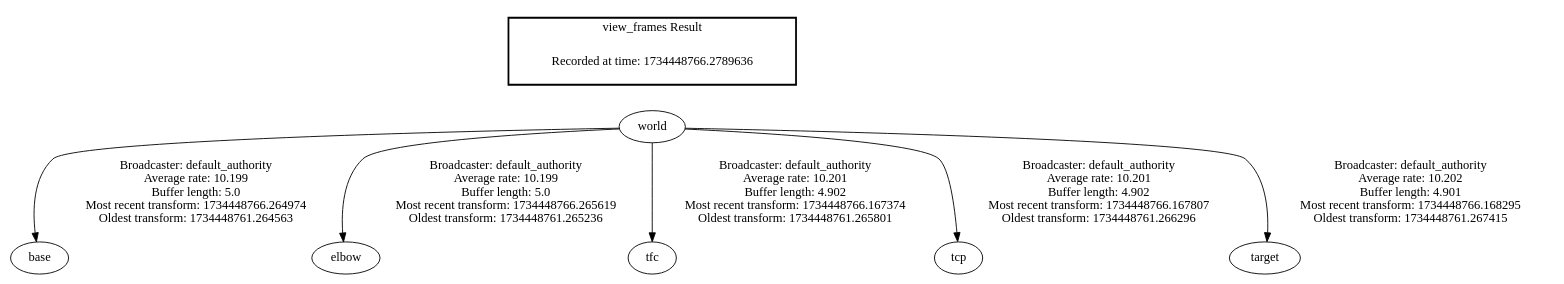
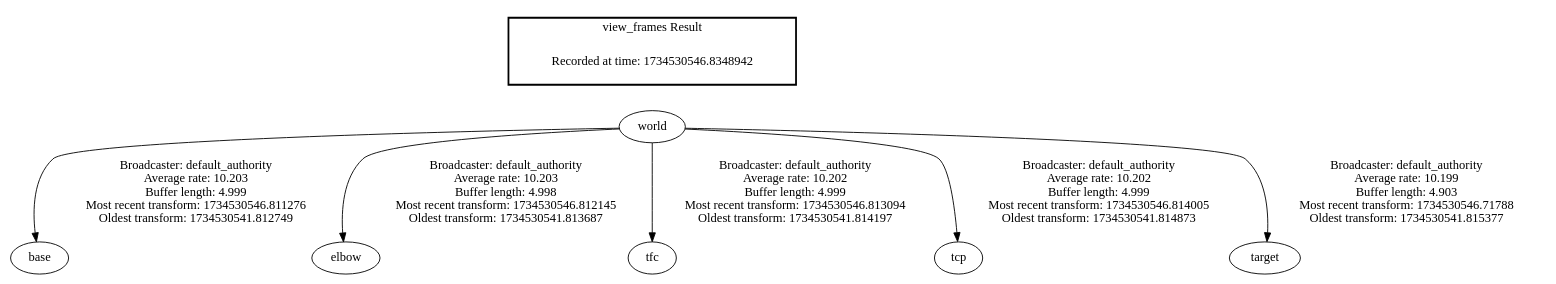
Before and after one commit to M0m000/Thesis: the diagram in frames.gv, drawn with Graphviz. The commit also changed 1141 other files, not shown here.

```diff
--- a/frames.gv
+++ b/frames.gv
@@ -1,11 +1,11 @@
 digraph G {
-"world" -> "base"[label=" Broadcaster: default_authority\nAverage rate: 10.199\nBuffer length: 5.0\nMost recent transform: 1734448766.264974\nOldest transform: 1734448761.264563\n"];
-"world" -> "elbow"[label=" Broadcaster: default_authority\nAverage rate: 10.199\nBuffer length: 5.0\nMost recent transform: 1734448766.265619\nOldest transform: 1734448761.265236\n"];
-"world" -> "tfc"[label=" Broadcaster: default_authority\nAverage rate: 10.201\nBuffer length: 4.902\nMost recent transform: 1734448766.167374\nOldest transform: 1734448761.265801\n"];
-"world" -> "tcp"[label=" Broadcaster: default_authority\nAverage rate: 10.201\nBuffer length: 4.902\nMost recent transform: 1734448766.167807\nOldest transform: 1734448761.266296\n"];
-"world" -> "target"[label=" Broadcaster: default_authority\nAverage rate: 10.202\nBuffer length: 4.901\nMost recent transform: 1734448766.168295\nOldest transform: 1734448761.267415\n"];
+"world" -> "base"[label=" Broadcaster: default_authority\nAverage rate: 10.203\nBuffer length: 4.999\nMost recent transform: 1734530546.811276\nOldest transform: 1734530541.812749\n"];
+"world" -> "elbow"[label=" Broadcaster: default_authority\nAverage rate: 10.203\nBuffer length: 4.998\nMost recent transform: 1734530546.812145\nOldest transform: 1734530541.813687\n"];
+"world" -> "tfc"[label=" Broadcaster: default_authority\nAverage rate: 10.202\nBuffer length: 4.999\nMost recent transform: 1734530546.813094\nOldest transform: 1734530541.814197\n"];
+"world" -> "tcp"[label=" Broadcaster: default_authority\nAverage rate: 10.202\nBuffer length: 4.999\nMost recent transform: 1734530546.814005\nOldest transform: 1734530541.814873\n"];
+"world" -> "target"[label=" Broadcaster: default_authority\nAverage rate: 10.199\nBuffer length: 4.903\nMost recent transform: 1734530546.71788\nOldest transform: 1734530541.815377\n"];
 edge [style=invis];
  subgraph cluster_legend { style=bold; color=black; label ="view_frames Result";
-"Recorded at time: 1734448766.2789636"[ shape=plaintext ] ;
+"Recorded at time: 1734530546.8348942"[ shape=plaintext ] ;
 }->"world";
 }
```
